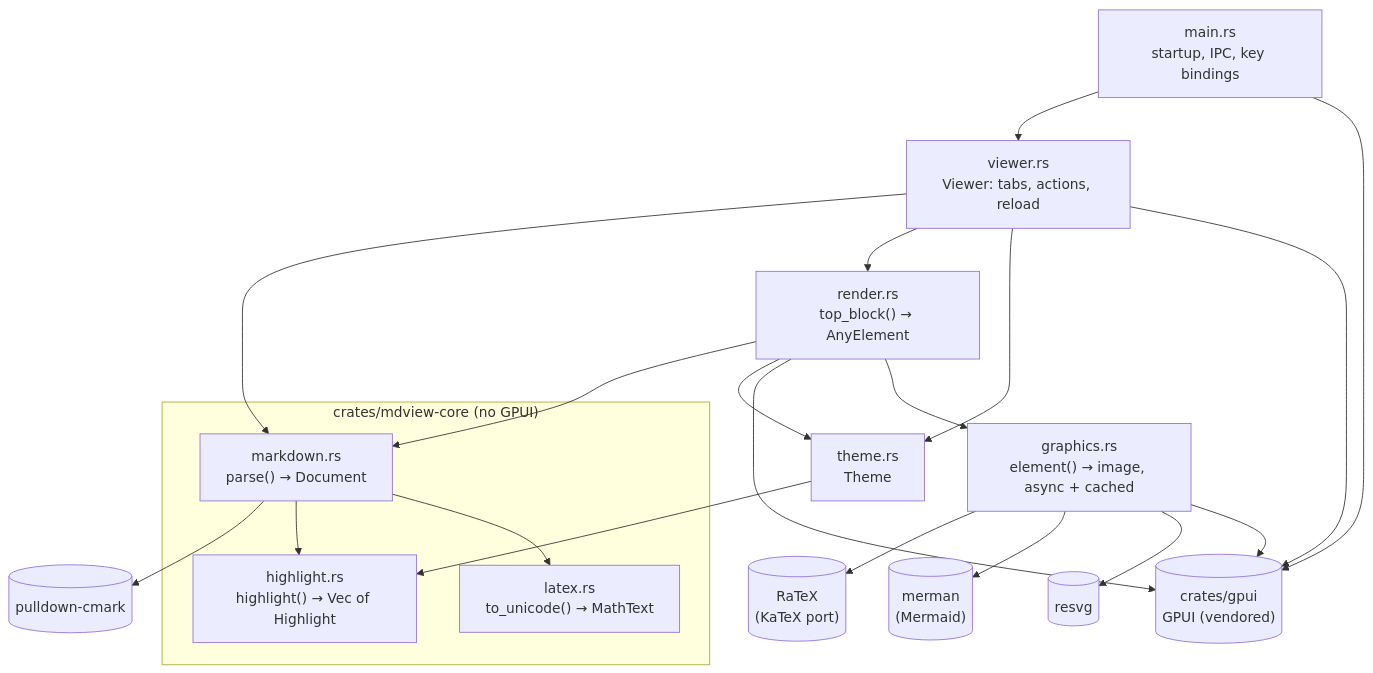
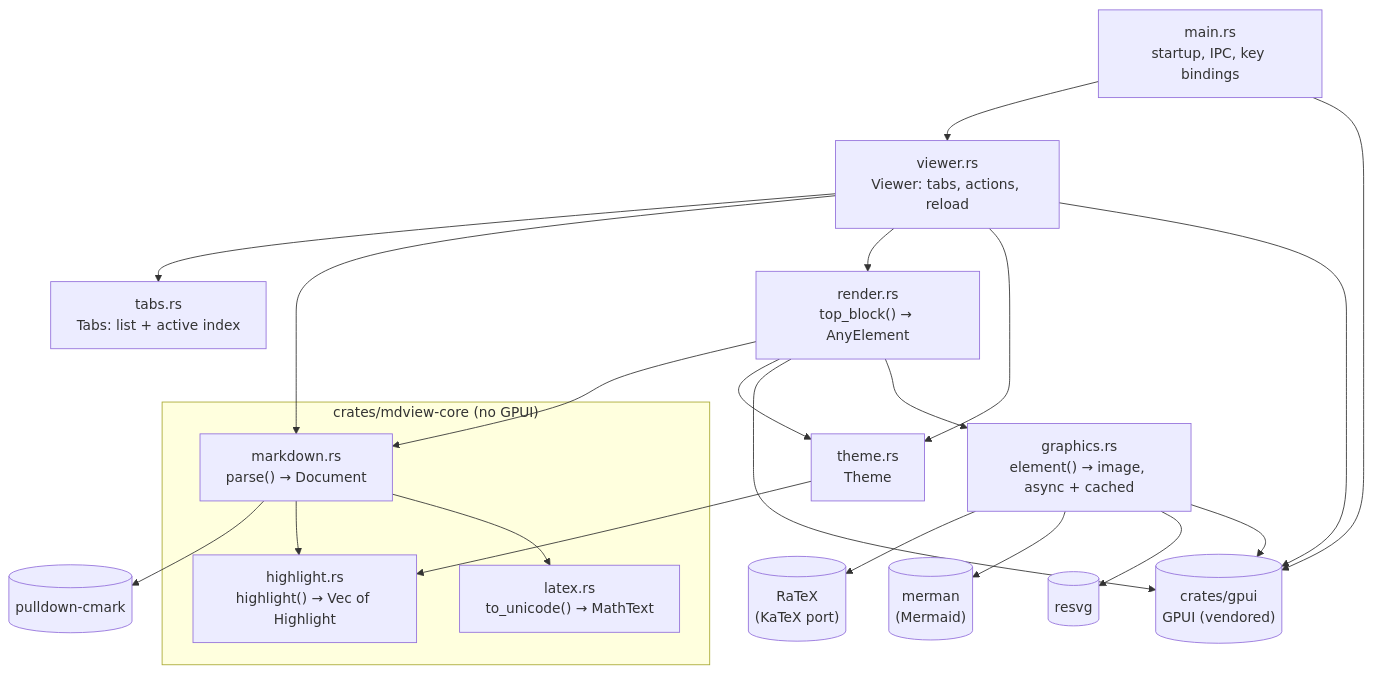
The first of 5 diagrams in docs/architecture.md (JorgeAgar/markdown-viewer-zed), drawn with Mermaid before and after one commit. The commit also changed other lines of this file and 3 other files, not shown here.

First line of the commit message:
Extract the tab list into a tested Tabs<T>

````diff
--- a/docs/architecture.md
+++ b/docs/architecture.md
@@ -26,37 +27,39 @@
 ```mermaid
 flowchart TD
     main["main.rs<br/>startup, IPC, key bindings"]
     viewer["viewer.rs<br/>Viewer: tabs, actions, reload"]
+    tabs["tabs.rs<br/>Tabs: list + active index"]
     subgraph core["crates/mdview-core (no GPUI)"]
         markdown["markdown.rs<br/>parse() → Document"]
         highlight["highlight.rs<br/>highlight() → Vec of Highlight"]
         latex["latex.rs<br/>to_unicode() → MathText"]
     end
     graphics["graphics.rs<br/>element() → image, async + cached"]
     ratex[("RaTeX<br/>(KaTeX port)")]
     merman[("merman<br/>(Mermaid)")]
     resvg[("resvg")]
     render["render.rs<br/>top_block() → AnyElement"]
     theme["theme.rs<br/>Theme"]
     gpui[("crates/gpui<br/>GPUI (vendored)")]
     cmark[("pulldown-cmark")]
 
     main --> viewer
+    viewer --> tabs
     main --> gpui
     viewer --> markdown
     viewer --> render
     viewer --> theme
     render --> markdown
     render --> theme
     render --> gpui
     viewer --> gpui
     markdown --> cmark
     markdown --> highlight
     markdown --> latex
     theme --> highlight
     render --> graphics
     graphics --> ratex
     graphics --> merman
     graphics --> resvg
     graphics --> gpui
 ```
````
